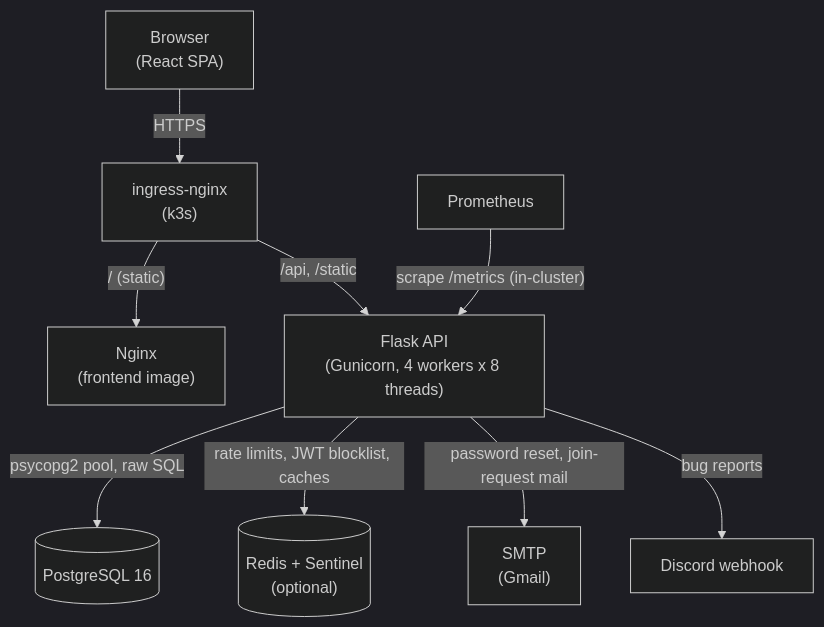
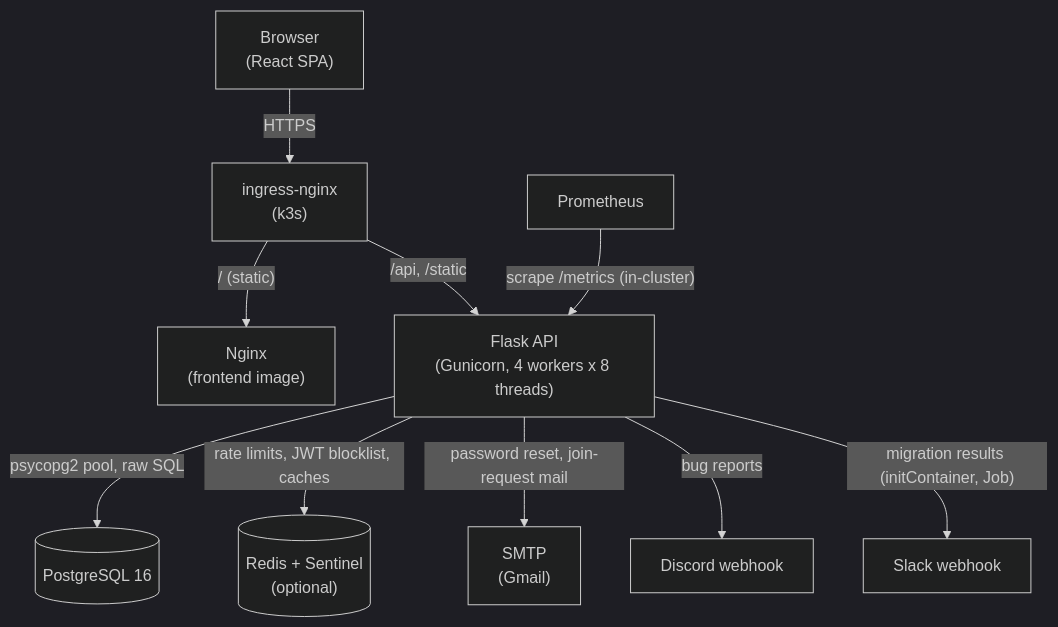
One commit to fss-fmi/fmi-codes-website-2026 changed the first of 2 diagrams in docs/architecture.md. Above: the diagram before and after it, drawn with Mermaid (dark theme). The commit also changed other lines of this file and 14 other files, not shown here.

First line of the commit message:
feat: send migration results to a dedicated Slack channel (#127)

````diff
--- a/docs/architecture.md
+++ b/docs/architecture.md
@@ -9,21 +9,23 @@
 ```mermaid
 graph TD
     Browser["Browser<br/>(React SPA)"]
     Nginx["Nginx<br/>(frontend image)"]
     Ingress["ingress-nginx<br/>(k3s)"]
     API["Flask API<br/>(Gunicorn, 4 workers x 8 threads)"]
     PG[("PostgreSQL 16")]
     Redis[("Redis + Sentinel<br/>(optional)")]
     SMTP["SMTP<br/>(Gmail)"]
     Discord["Discord webhook"]
+    Slack["Slack webhook"]
     Prom["Prometheus"]
 
     Browser -->|HTTPS| Ingress
     Ingress -->|"/ (static)"| Nginx
     Ingress -->|"/api, /static"| API
     API -->|psycopg2 pool, raw SQL| PG
     API -->|rate limits, JWT blocklist, caches| Redis
     API -->|password reset, join-request mail| SMTP
     API -->|bug reports| Discord
+    API -->|"migration results (initContainer, Job)"| Slack
     Prom -->|"scrape /metrics (in-cluster)"| API
 ```
````
